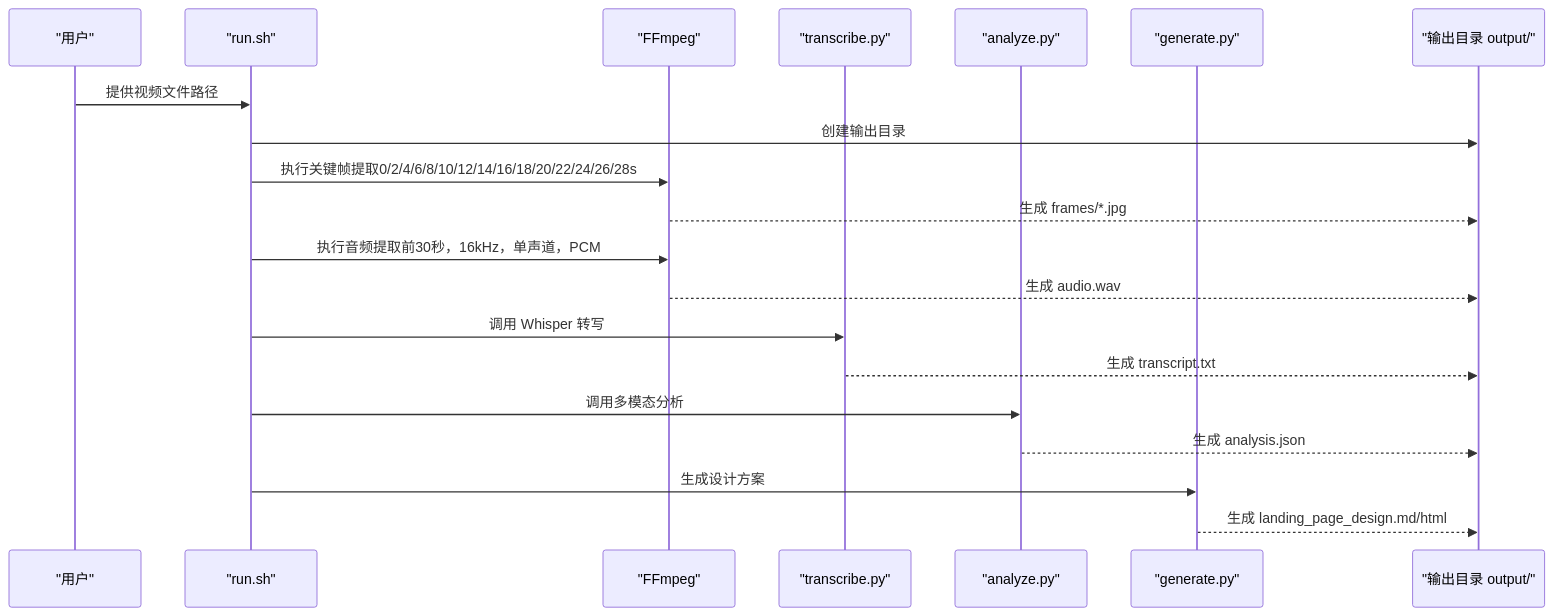
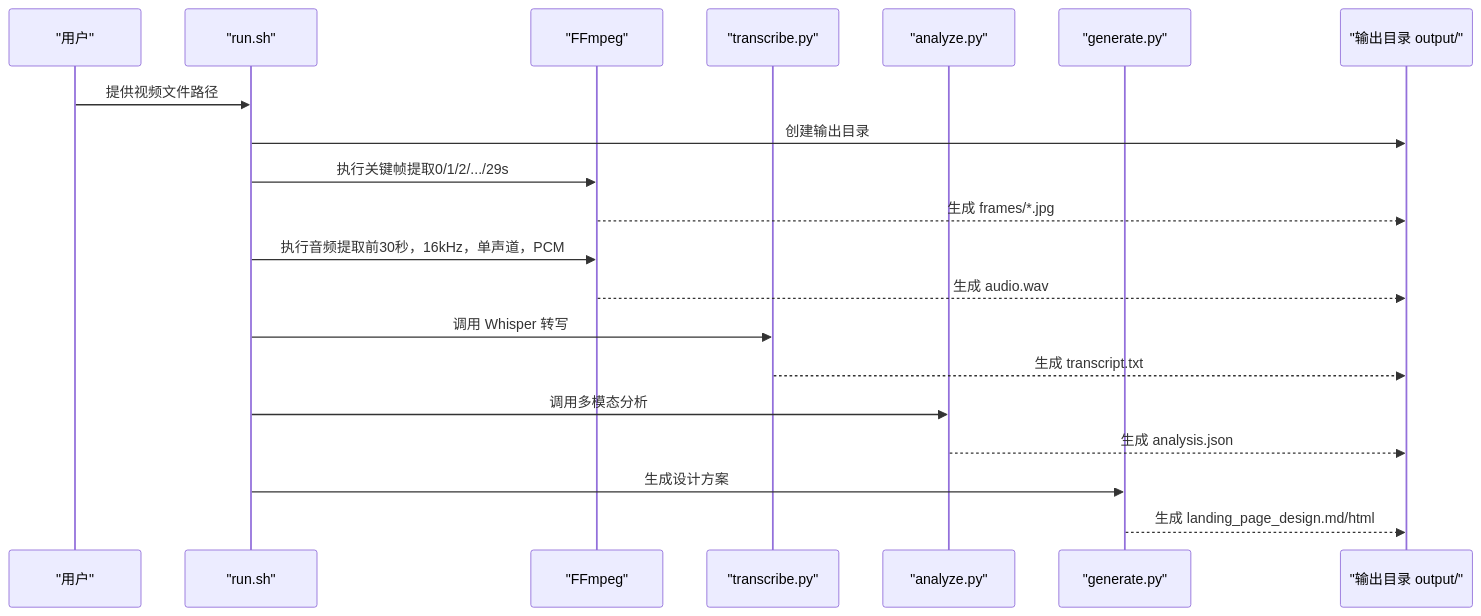
One commit to WongMingJiu/landingpage-test-hero-page changed the second of 8 diagrams in .qoder/repowiki/zh/content/核心模块详解/视频处理模块.md. Above: the diagram before and after it, drawn with Mermaid. The commit also changed other lines of this file and 11 other files, not shown here.

````diff
--- a/.qoder/repowiki/zh/content/核心模块详解/视频处理模块.md
+++ b/.qoder/repowiki/zh/content/核心模块详解/视频处理模块.md
@@ -97,22 +98,22 @@
 ```mermaid
 sequenceDiagram
 participant U as "用户"
 participant R as "run.sh"
 participant F as "FFmpeg"
 participant T as "transcribe.py"
 participant A as "analyze.py"
 participant G as "generate.py"
 participant O as "输出目录 output/"
 U->>R : 提供视频文件路径
 R->>O : 创建输出目录
-R->>F : 执行关键帧提取0/2/4/6/8/10/12/14/16/18/20/22/24/26/28s
+R->>F : 执行关键帧提取0/1/2/.../29s
 F-->>O : 生成 frames/*.jpg
 R->>F : 执行音频提取前30秒，16kHz，单声道，PCM
 F-->>O : 生成 audio.wav
 R->>T : 调用 Whisper 转写
 T-->>O : 生成 transcript.txt
 R->>A : 调用多模态分析
 A-->>O : 生成 analysis.json
 R->>G : 生成设计方案
 G-->>O : 生成 landing_page_design.md/html
 ```
````
